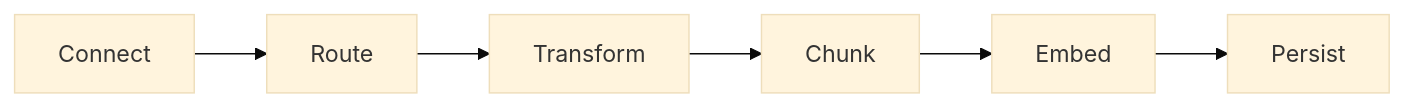
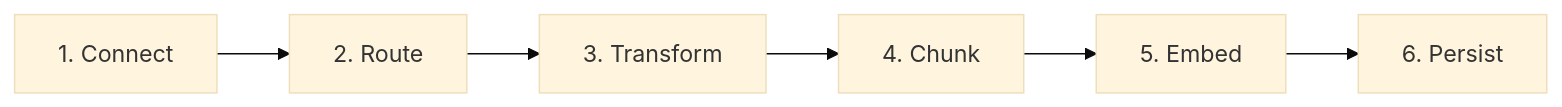
One commit to Unstructured-IO/docs changed the first of 2 diagrams in platform/overview.mdx. Above: the diagram before and after it, drawn with Mermaid (base theme). The commit also changed other lines of this file and 2 other files, not shown here.

Commit message:
Update Mermaid in overview

````diff
--- a/platform/overview.mdx
+++ b/platform/overview.mdx
@@ -15,6 +16,4 @@
 ```mermaid
   flowchart LR
-    Connect-->Route
-    Route-->Transform
-    Transform-->Chunk-->Embed-->Persist
+    Connect[1. Connect]-->Route[2. Route]-->Transform[3. Transform]-->Chunk[4. Chunk]-->Embed[5. Embed]-->Persist[6. Persist]
 ```
````
